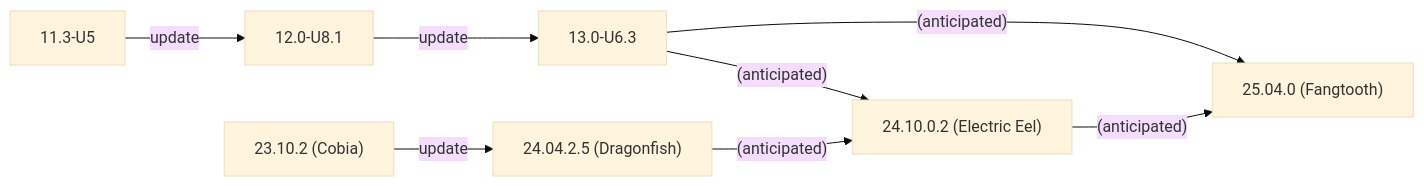
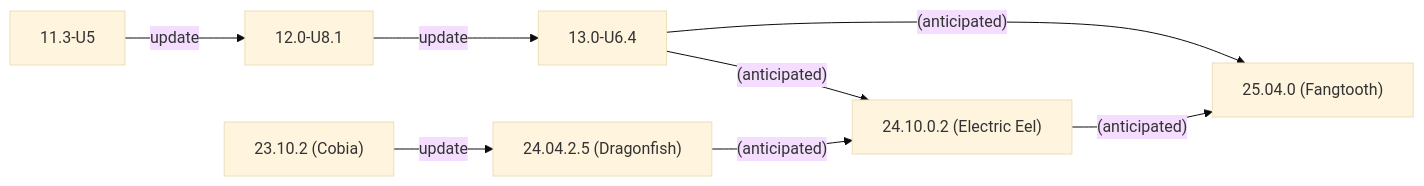
The second of 2 diagrams in static/includes/SCALEUpgradePaths.md (truenas/documentation), drawn with Mermaid (base theme) before and after one commit. The commit also changed other lines of this file and 3 other files, not shown here.

```diff
--- a/static/includes/SCALEUpgradePaths.md
+++ b/static/includes/SCALEUpgradePaths.md
@@ -81,11 +81,11 @@
           {{< mermaid class="mermaid_sizing" >}}
           flowchart LR
             A["11.3-U5"] -->|update| B
             B["12.0-U8.1"] -->|update| C
-            C["13.0-U6.3"] -->|"(anticipated)"| F
-            C["13.0-U6.3"] -->|"(anticipated)"| G
+            C["13.0-U6.4"] -->|"(anticipated)"| F
+            C["13.0-U6.4"] -->|"(anticipated)"| G
             D["23.10.2 (Cobia)"] -->|update| E
             E["24.04.2.5 (Dragonfish)"]  -->|"(anticipated)"| F
             F["24.10.0.2 (Electric Eel)"] -->|"(anticipated)"| G
             G["25.04.0 (Fangtooth)"]
           {{< /mermaid >}}
```
